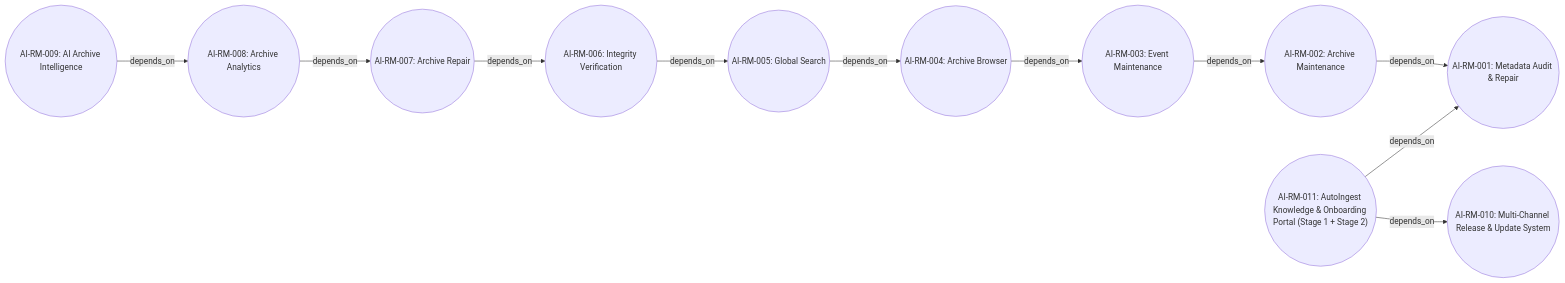
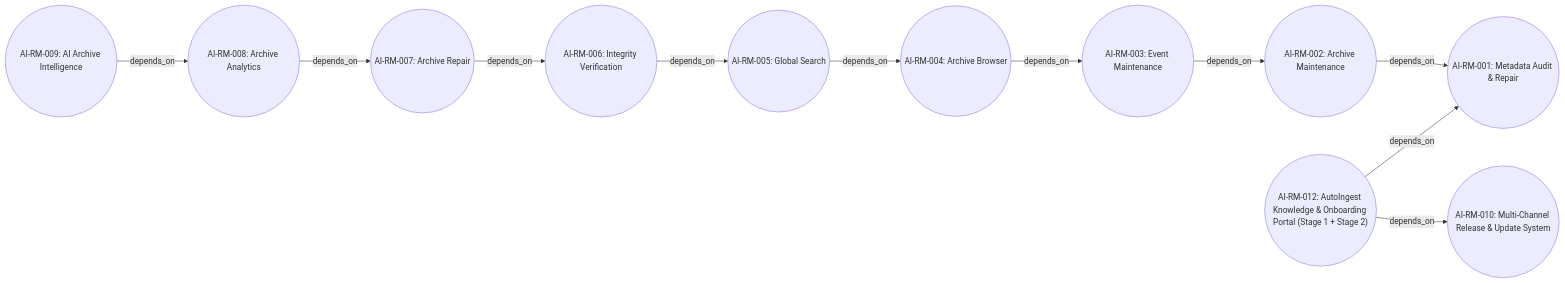
One commit to murtazakhazanchi-ops/autoingest-releases changed the first of 8 diagrams in docs/product/generated/dependency-graph.md. Above: the diagram before and after it, drawn with Mermaid. The commit also changed other lines of this file and 50 other files, not shown here.

````diff
--- a/docs/product/generated/dependency-graph.md
+++ b/docs/product/generated/dependency-graph.md
@@ -11,25 +11,25 @@
 ```mermaid
 flowchart LR
   %% Roadmap milestone relationships
   AI_RM_001(("AI-RM-001: Metadata Audit & Repair"))
   AI_RM_002(("AI-RM-002: Archive Maintenance"))
   AI_RM_003(("AI-RM-003: Event Maintenance"))
   AI_RM_004(("AI-RM-004: Archive Browser"))
   AI_RM_005(("AI-RM-005: Global Search"))
   AI_RM_006(("AI-RM-006: Integrity Verification"))
   AI_RM_007(("AI-RM-007: Archive Repair"))
   AI_RM_008(("AI-RM-008: Archive Analytics"))
   AI_RM_009(("AI-RM-009: AI Archive Intelligence"))
   AI_RM_010(("AI-RM-010: Multi-Channel Release & Update System"))
-  AI_RM_011(("AI-RM-011: AutoIngest Knowledge & Onboarding Portal (Stage 1 + Stage 2)"))
+  AI_RM_012(("AI-RM-012: AutoIngest Knowledge & Onboarding Portal (Stage 1 + Stage 2)"))
   AI_RM_002 -->|depends_on| AI_RM_001
   AI_RM_003 -->|depends_on| AI_RM_002
   AI_RM_004 -->|depends_on| AI_RM_003
   AI_RM_005 -->|depends_on| AI_RM_004
   AI_RM_006 -->|depends_on| AI_RM_005
   AI_RM_007 -->|depends_on| AI_RM_006
   AI_RM_008 -->|depends_on| AI_RM_007
   AI_RM_009 -->|depends_on| AI_RM_008
-  AI_RM_011 -->|depends_on| AI_RM_001
-  AI_RM_011 -->|depends_on| AI_RM_010
+  AI_RM_012 -->|depends_on| AI_RM_001
+  AI_RM_012 -->|depends_on| AI_RM_010
 ```
````
